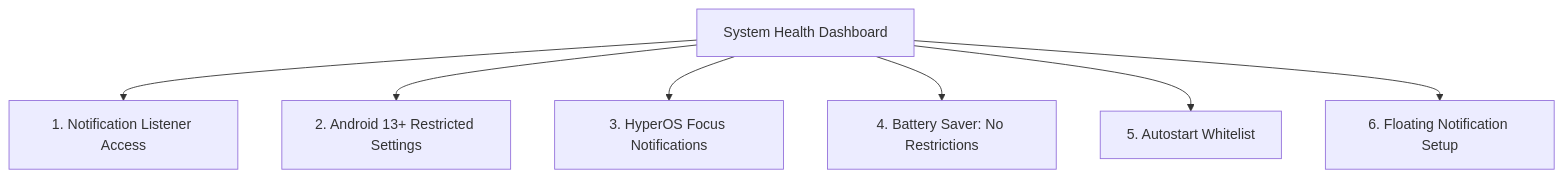
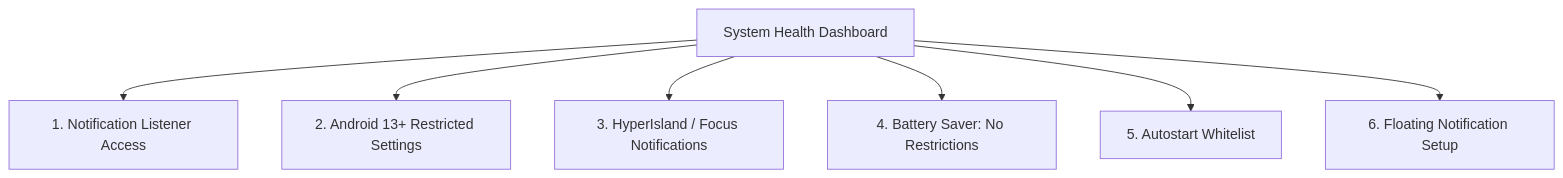
The first of 2 diagrams in content/docs/permissions/system-setup.md (D4vidDf/HyperBridge-Site), drawn with Mermaid before and after one commit. The commit also changed other lines of this file and 8 other files, not shown here.

Commit message:
docs: clarify HyperIsland (HyperOS 4+) and Focus Notifications (HyperOS 3) terminology and lock screen support

````diff
--- a/content/docs/permissions/system-setup.md
+++ b/content/docs/permissions/system-setup.md
@@ -18,9 +18,9 @@
 ```mermaid
 flowchart TD
     H["System Health Dashboard"] --> P1["1. Notification Listener Access"]
     H --> P2["2. Android 13+ Restricted Settings"]
-    H --> P3["3. HyperOS Focus Notifications"]
+    H --> P3["3. HyperIsland / Focus Notifications"]
     H --> P4["4. Battery Saver: No Restrictions"]
     H --> P5["5. Autostart Whitelist"]
     H --> P6["6. Floating Notification Setup"]
 ```
````
